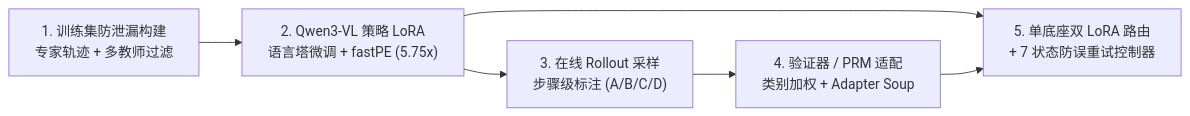
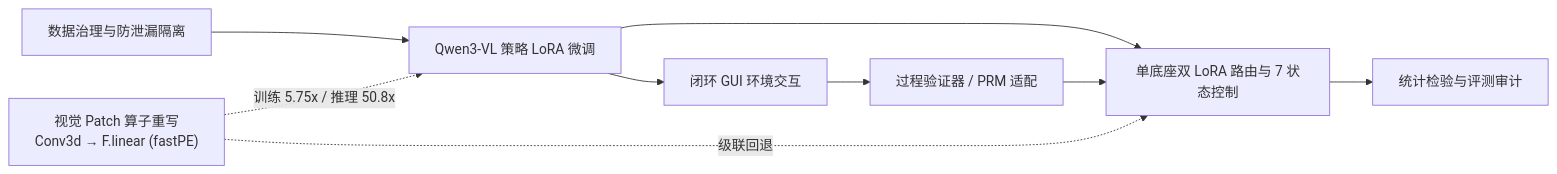
Before and after one commit to ca1tshame/GUI-Transition-Verifier: the diagram in README_CN.md, drawn with Mermaid. The commit also changed other lines of this file and 11 other files, not shown here.

````diff
--- a/README_CN.md
+++ b/README_CN.md
@@ -65,8 +57,12 @@
 ```mermaid
 flowchart LR
-    A["1. 训练集防泄漏构建<br/>专家轨迹 + 多教师过滤"] --> B["2. Qwen3-VL 策略 LoRA<br/>语言塔微调 + fastPE (5.75x)"]
-    B --> C["3. 在线 Rollout 采样<br/>步骤级标注 (A/B/C/D)"]
-    C --> D["4. 验证器 / PRM 适配<br/>类别加权 + Adapter Soup"]
-    B --> E["5. 单底座双 LoRA 路由<br/>+ 7 状态防误重试控制器"]
+    A["数据治理与防泄漏隔离"] --> B["Qwen3-VL 策略 LoRA 微调"]
+    B --> C["闭环 GUI 环境交互"]
+    C --> D["过程验证器 / PRM 适配"]
+    B --> E["单底座双 LoRA 路由与 7 状态控制"]
     D --> E
+    E --> F["统计检验与评测审计"]
+
+    G["视觉 Patch 算子重写<br/>Conv3d → F.linear (fastPE)"] -.->|"训练 5.75x / 推理 50.8x"| B
+    G -.->|"级联回退"| E
 ```
````
